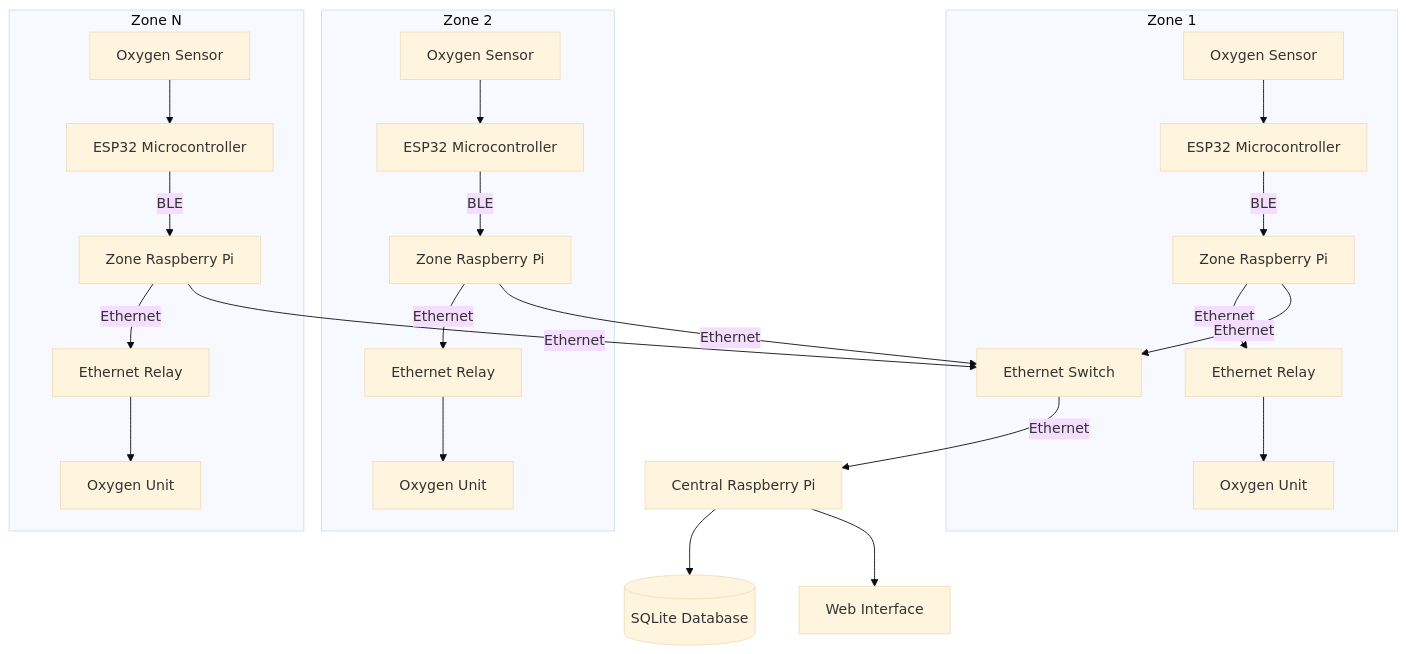
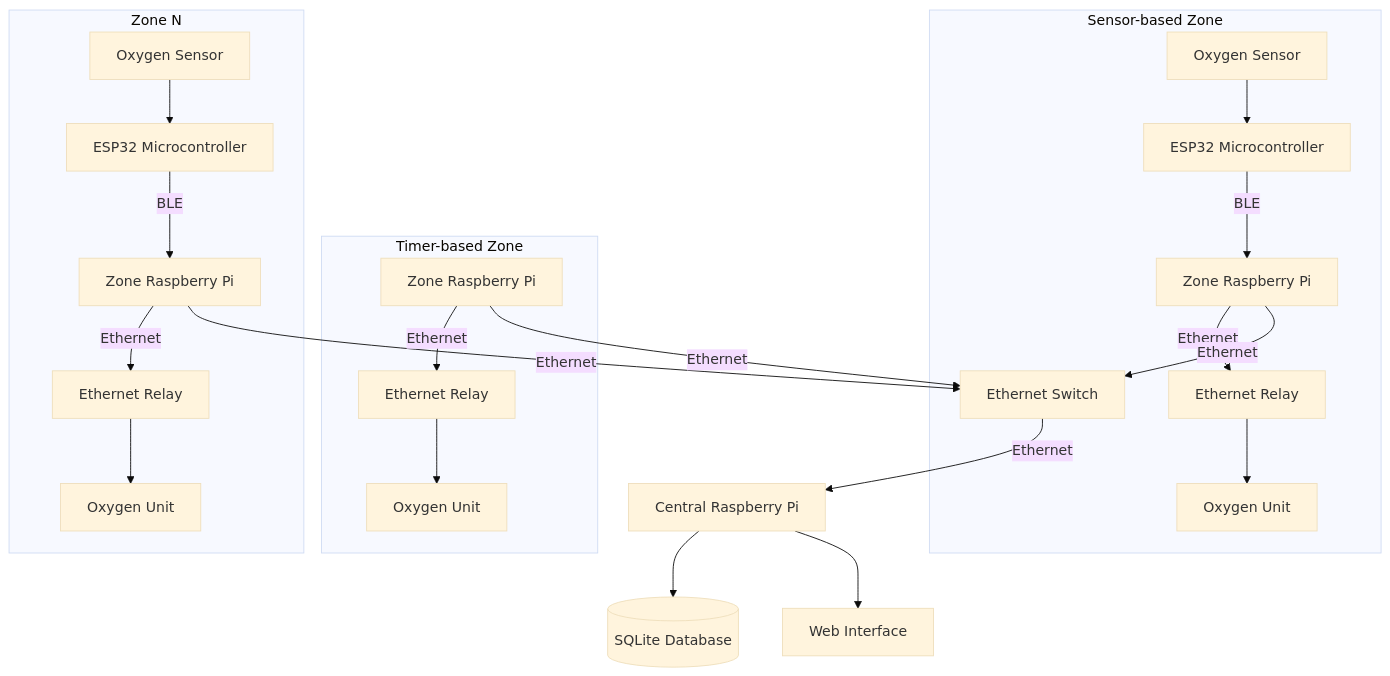
One commit to adityatripathi05/Oxygen-Enrichment-System changed the first of 8 diagrams in docs/design_plan.md. Above: the diagram before and after it, drawn with Mermaid (base theme). The commit also changed other lines of this file, not shown here.

````diff
--- a/docs/design_plan.md
+++ b/docs/design_plan.md
@@ -49,30 +67,28 @@
 ```mermaid
 graph TD
-    subgraph "Zone 1"
+    subgraph "Sensor-based Zone"
         OS1[Oxygen Sensor] --> ESP1[ESP32 Microcontroller]
         ESP1 -->|BLE| RPI1[Zone Raspberry Pi]
         RPI1 -->|Ethernet| ER1[Ethernet Relay]
         ER1 --> OU1[Oxygen Unit]
         RPI1 -->|Ethernet| SW[Ethernet Switch]
     end
 
-    subgraph "Zone 2"
-        OS2[Oxygen Sensor] --> ESP2[ESP32 Microcontroller]
-        ESP2 -->|BLE| RPI2[Zone Raspberry Pi]
-        RPI2 -->|Ethernet| ER2[Ethernet Relay]
+    subgraph "Timer-based Zone"
+        RPI2[Zone Raspberry Pi] -->|Ethernet| ER2[Ethernet Relay]
         ER2 --> OU2[Oxygen Unit]
         RPI2 -->|Ethernet| SW
     end
 
     subgraph "Zone N"
         OSN[Oxygen Sensor] --> ESPN[ESP32 Microcontroller]
         ESPN -->|BLE| RPIN[Zone Raspberry Pi]
         RPIN -->|Ethernet| ERN[Ethernet Relay]
         ERN --> OUN[Oxygen Unit]
         RPIN -->|Ethernet| SW
     end
 
     SW -->|Ethernet| CRPI[Central Raspberry Pi]
     CRPI --> DB[(SQLite Database)]
     CRPI --> WI[Web Interface]
 ```
````
